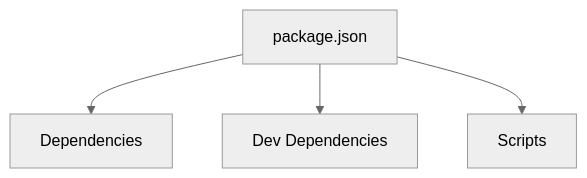
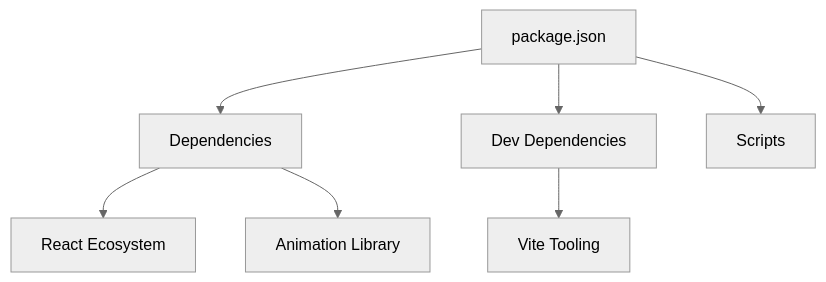
The tenth of 11 diagrams in .qoder/repowiki/en/content/Application Architecture.md (rakeshmaity271/frankie-picasso), drawn with Mermaid (neutral theme) before and after one commit. The commit also changed other lines of this file and 28 other files, not shown here.

````diff
--- a/.qoder/repowiki/en/content/Application Architecture.md
+++ b/.qoder/repowiki/en/content/Application Architecture.md
@@ -223,10 +362,13 @@
 ```mermaid
 graph TB
 Pkg["package.json"]
 Deps["Dependencies"]
 DevDeps["Dev Dependencies"]
 Scripts["Scripts"]
 Pkg --> Deps
 Pkg --> DevDeps
 Pkg --> Scripts
+Deps --> React["React Ecosystem"]
+DevDeps --> Vite["Vite Tooling"]
+Deps --> GSAP["Animation Library"]
 ```
````
